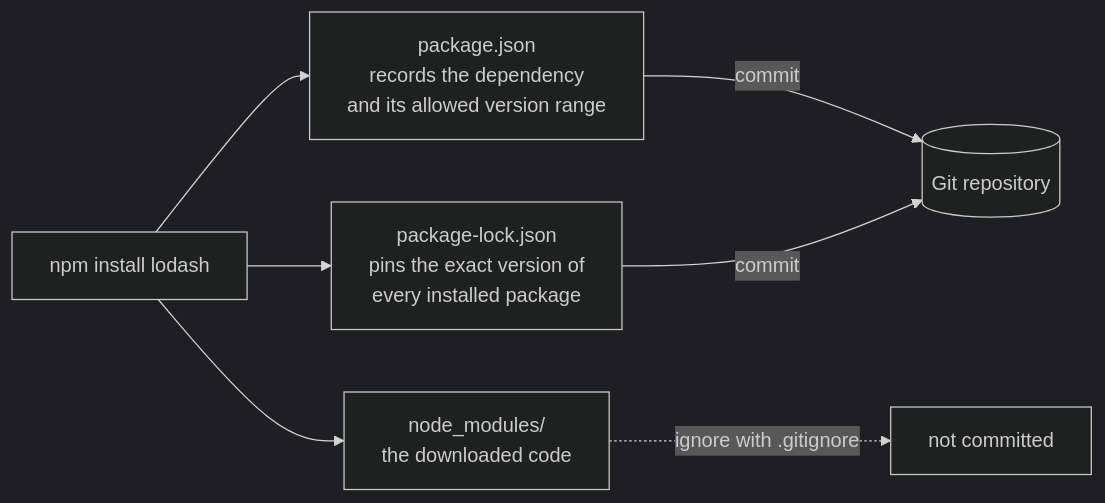
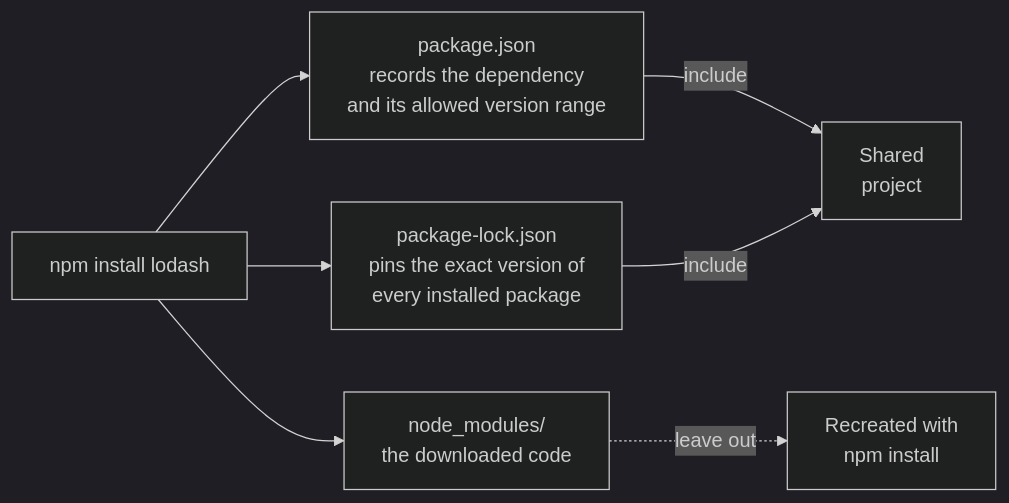
Diagram 16 of 16 in README.md (renatolinsdigital/javascript-quickstart), drawn with Mermaid (dark theme) before and after one commit. The commit also changed other lines of this file, not shown here.

````diff
--- a/README.md
+++ b/README.md
@@ -3350,14 +3350,14 @@
 ```mermaid
 ---
 config:
   flowchart:
     wrappingWidth: 1000
 ---
 flowchart LR
     CMD["npm install lodash"] --> PJ["package.json<br/>records the dependency<br/>and its allowed version range"]
     CMD --> LOCK["package-lock.json<br/>pins the exact version of<br/>every installed package"]
     CMD --> NM["node_modules/<br/>the downloaded code"]
-    PJ -->|commit| GIT[("Git repository")]
-    LOCK -->|commit| GIT
-    NM -.->|"ignore with .gitignore"| SKIP["not committed"]
+    PJ -->|include| SHARE["Shared<br/>project"]
+    LOCK -->|include| SHARE
+    NM -.->|"leave out"| SKIP["Recreated with<br/>npm install"]
 ```
````
